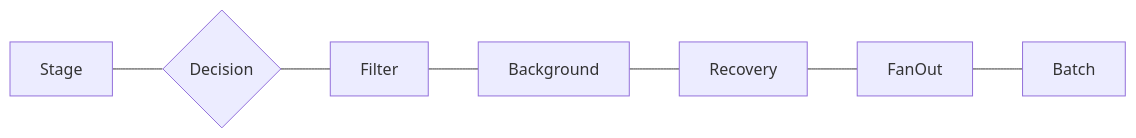
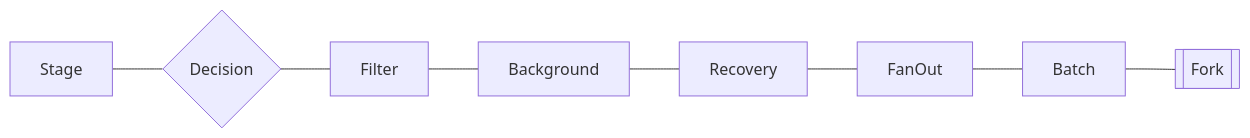
Before and after one commit to fabiangftech/nioflow: the second of 2 diagrams in docs/architecture.md, drawn with Mermaid. The commit also changed other lines of this file and 12 other files, not shown here.

````diff
--- a/docs/architecture.md
+++ b/docs/architecture.md
@@ -30,4 +30,4 @@
 ```mermaid
 flowchart LR
-    S[Stage] --- D{Decision} --- F[Filter] --- BG[Background] --- R[Recovery] --- FO[FanOut] --- BA[Batch]
+    S[Stage] --- D{Decision} --- F[Filter] --- BG[Background] --- R[Recovery] --- FO[FanOut] --- BA[Batch] --- FK[[Fork]]
 ```
````
